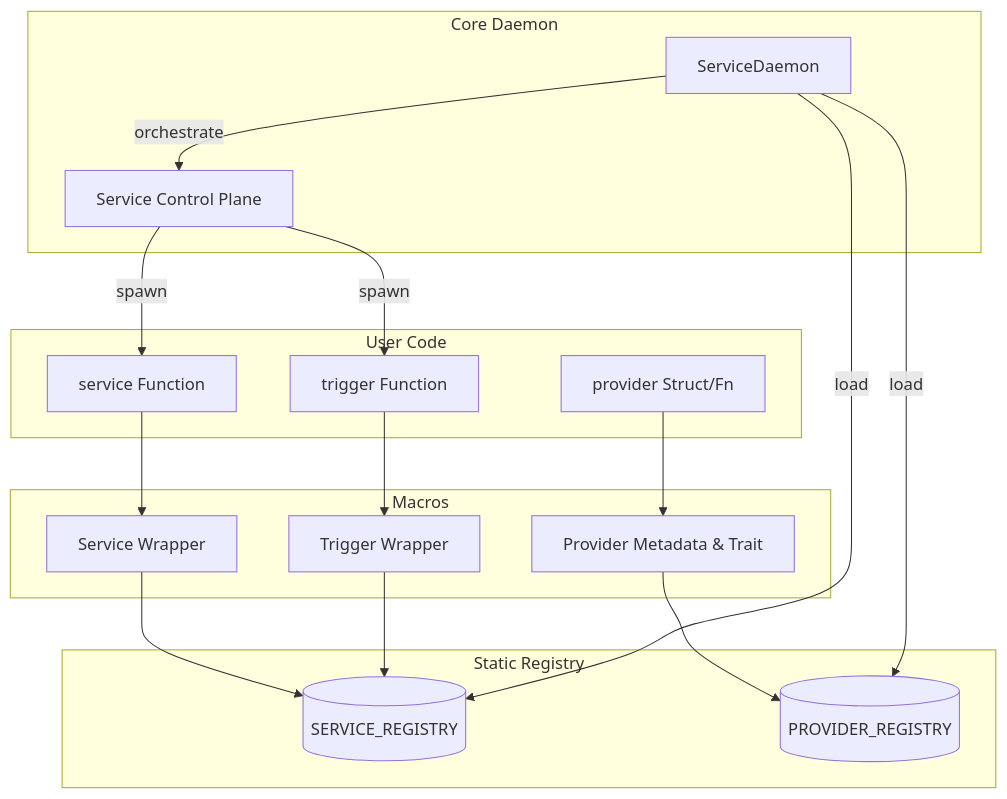
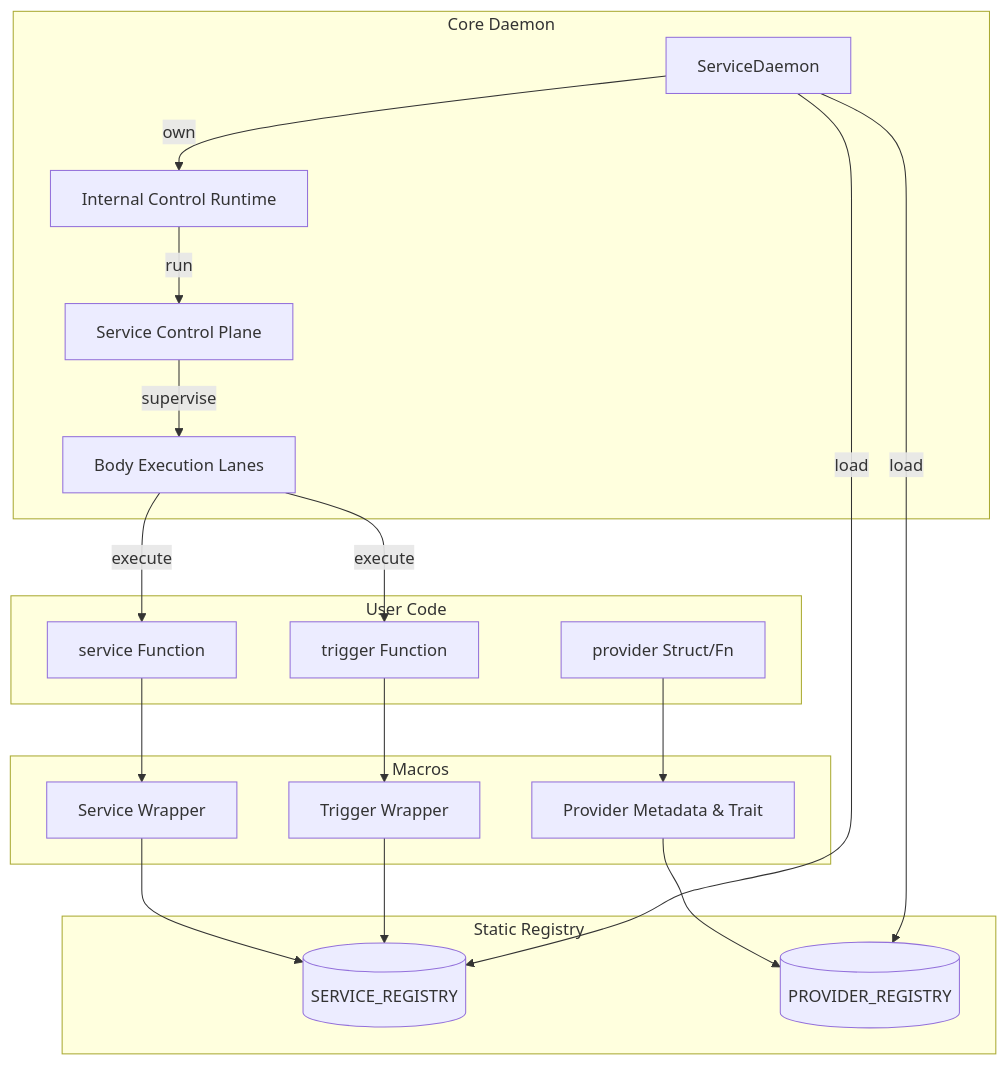
One commit to loft-games/service-daemon-rs changed the first of 2 diagrams in docs/architecture/internal-overview.md. Above: the diagram before and after it, drawn with Mermaid. The commit also changed other lines of this file and 11 other files, not shown here.

````diff
--- a/docs/architecture/internal-overview.md
+++ b/docs/architecture/internal-overview.md
@@ -32,33 +32,37 @@
 ```mermaid
 graph TD
     subgraph User_Code ["User Code"]
         S["service Function"]
         P["provider Struct/Fn"]
         T["trigger Function"]
     end
 
     subgraph Macro_Gen ["Macros"]
         M_S[Service Wrapper]
         M_P[Provider Metadata & Trait]
         M_T[Trigger Wrapper]
     end
 
     subgraph Static_Registry ["Static Registry"]
         SR[("SERVICE_REGISTRY")]
         PR[("PROVIDER_REGISTRY")]
     end
 
     subgraph Core_Daemon ["Core Daemon"]
         SD[ServiceDaemon]
+        CR[Internal Control Runtime]
         SCP[Service Control Plane]
+        BL[Body Execution Lanes]
     end
 
     S --> M_S --> SR
     P --> M_P --> PR
     T --> M_T --> SR
 
     SD -->|load| SR & PR
-    SD -->|orchestrate| SCP
-    SCP -->|spawn| S
-    SCP -->|spawn| T
+    SD -->|own| CR
+    CR -->|run| SCP
+    SCP -->|supervise| BL
+    BL -->|execute| S
+    BL -->|execute| T
 ```
````
